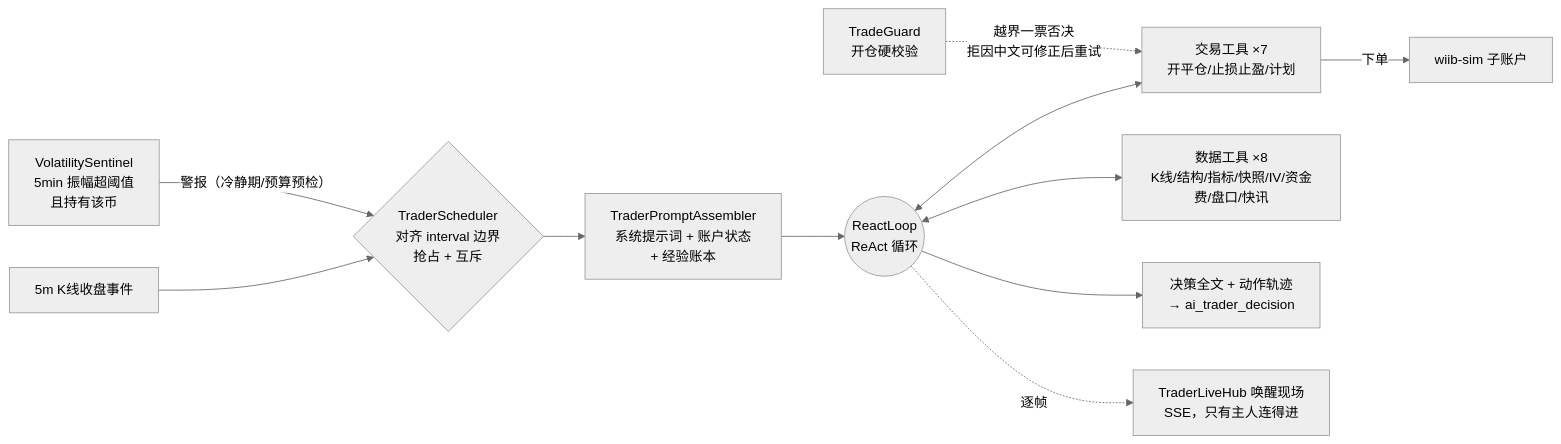
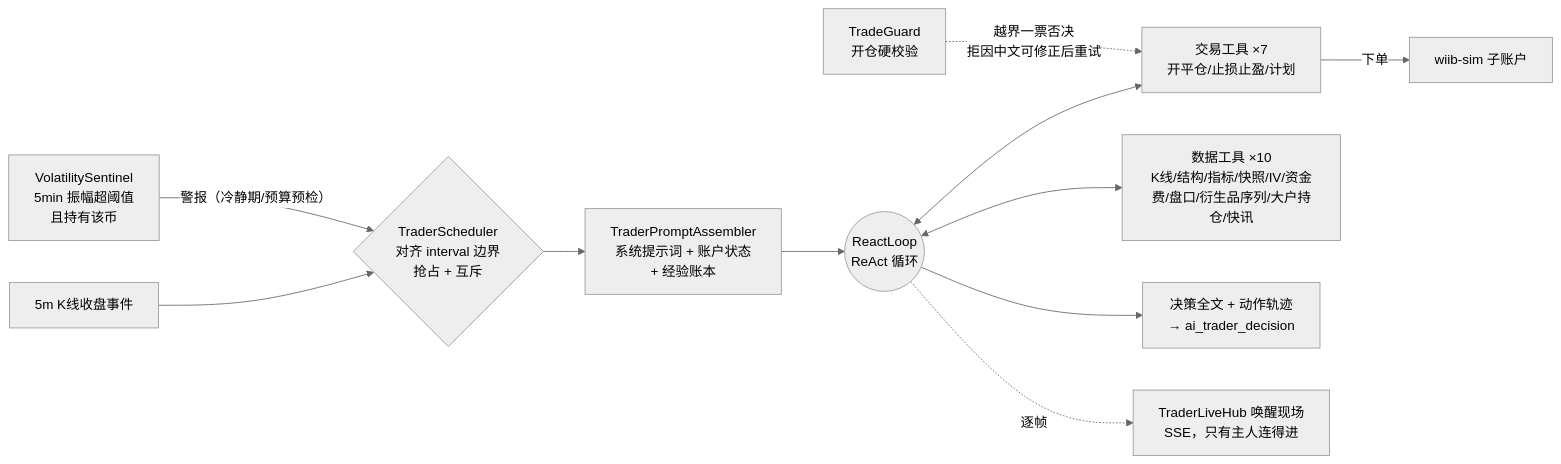
One commit to mamawai/wtfibought changed the second of 5 diagrams in docs/agent-harness/architecture.md. Above: the diagram before and after it, drawn with Mermaid (neutral theme). The commit also changed other lines of this file and 14 other files, not shown here.

````diff
--- a/docs/agent-harness/architecture.md
+++ b/docs/agent-harness/architecture.md
@@ -50,13 +50,13 @@
 ```mermaid
 flowchart LR
     CLK["5m K线收盘事件"] --> SCH{"TraderScheduler<br/>对齐 interval 边界<br/>抢占 + 互斥"}
     SEN["VolatilitySentinel<br/>5min 振幅超阈值<br/>且持有该币"] -->|"警报（冷静期/预算预检）"| SCH
     SCH --> PA["TraderPromptAssembler<br/>系统提示词 + 账户状态<br/>+ 经验账本"]
     PA --> RA(("ReactLoop<br/>ReAct 循环"))
     RA <--> T1["交易工具 ×7<br/>开平仓/止损止盈/计划"]
-    RA <--> T2["数据工具 ×8<br/>K线/结构/指标/快照/IV/资金费/盘口/快讯"]
+    RA <--> T2["数据工具 ×10<br/>K线/结构/指标/快照/IV/资金费/盘口/衍生品序列/大户持仓/快讯"]
     RA --> OUT["决策全文 + 动作轨迹<br/>→ ai_trader_decision"]
     RA -.->|"逐帧"| HUB["TraderLiveHub 唤醒现场<br/>SSE，只有主人连得进"]
     GUARD["TradeGuard<br/>开仓硬校验"] -.->|"越界一票否决<br/>拒因中文可修正后重试"| T1
     T1 -->|"下单"| SIMX["wiib-sim 子账户"]
 ```
````
